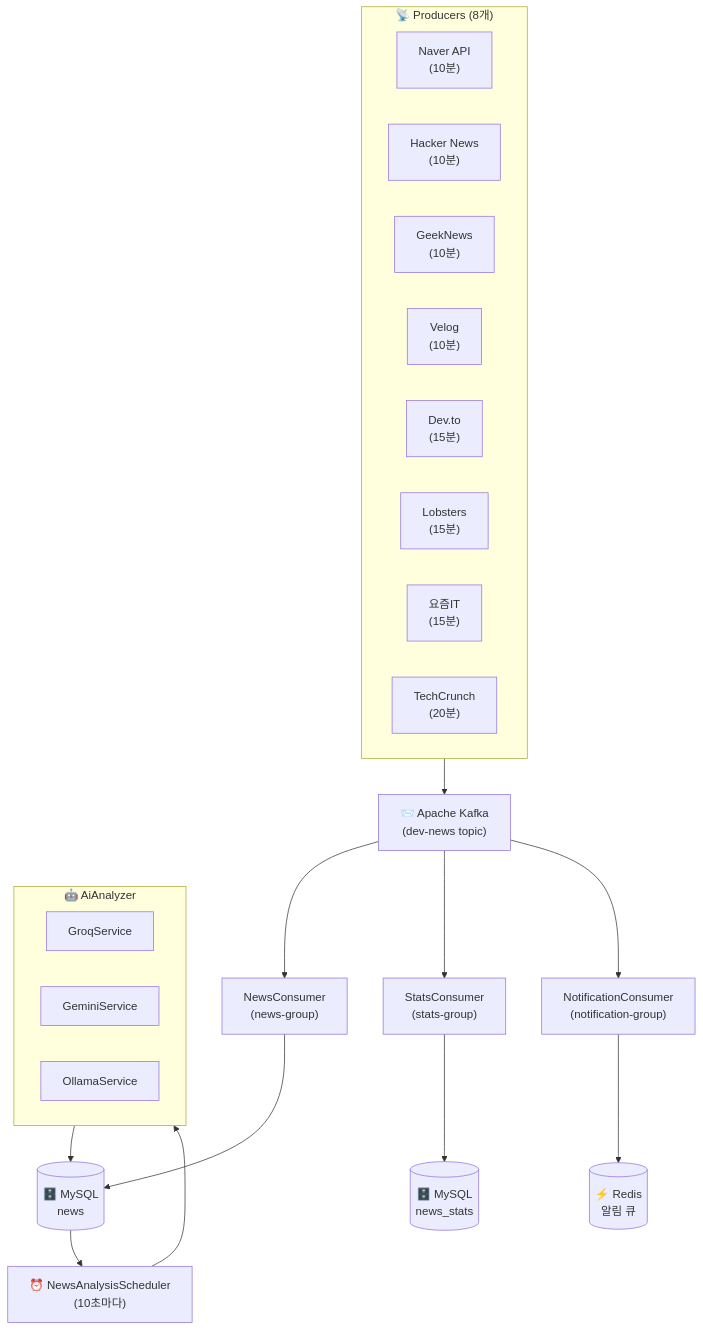
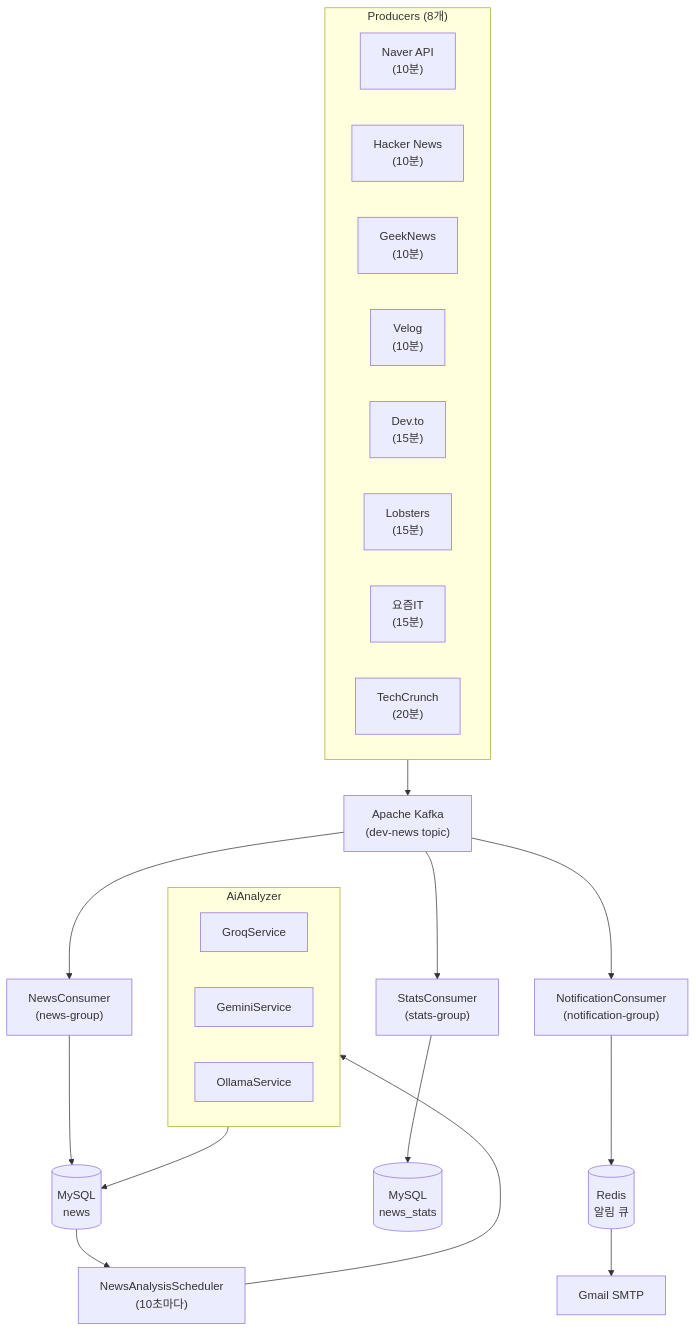
The diagram in README.md (MelonSeo/TrendStream), drawn with Mermaid before and after one commit. The commit also changed other lines of this file and 4 other files, not shown here.

````diff
--- a/README.md
+++ b/README.md
@@ -79,36 +83,38 @@
 ```mermaid
 flowchart TB
-    subgraph Producers["📡 Producers (8개)"]
+    subgraph Producers["Producers (8개)"]
         direction LR
         P1["Naver API<br/>(10분)"]
         P2["Hacker News<br/>(10분)"]
         P3["GeekNews<br/>(10분)"]
         P4["Velog<br/>(10분)"]
         P5["Dev.to<br/>(15분)"]
         P6["Lobsters<br/>(15분)"]
         P7["요즘IT<br/>(15분)"]
         P8["TechCrunch<br/>(20분)"]
     end
 
-    Producers --> Kafka["📨 Apache Kafka<br/>(dev-news topic)"]
+    Producers --> Kafka["Apache Kafka<br/>(dev-news topic)"]
 
     Kafka --> C1["NewsConsumer<br/>(news-group)"]
     Kafka --> C2["StatsConsumer<br/>(stats-group)"]
     Kafka --> C3["NotificationConsumer<br/>(notification-group)"]
 
-    C1 --> DB1[("🗄️ MySQL<br/>news")]
-    C2 --> DB2[("🗄️ MySQL<br/>news_stats")]
-    C3 --> Redis[("⚡ Redis<br/>알림 큐")]
+    C1 --> DB1[("MySQL<br/>news")]
+    C2 --> DB2[("MySQL<br/>news_stats")]
+    C3 --> Redis[("Redis<br/>알림 큐")]
 
-    DB1 --> Scheduler["⏰ NewsAnalysisScheduler<br/>(10초마다)"]
+    Redis --> Email["Gmail SMTP"]
 
-    subgraph AI["🤖 AiAnalyzer"]
+    DB1 --> Scheduler["NewsAnalysisScheduler<br/>(10초마다)"]
+
+    subgraph AI["AiAnalyzer"]
         direction LR
         AI1["GroqService"]
         AI2["GeminiService"]
         AI3["OllamaService"]
     end
 
     Scheduler --> AI
     AI --> DB1
 ```
````
